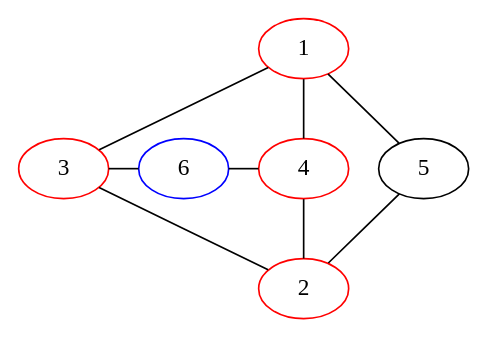
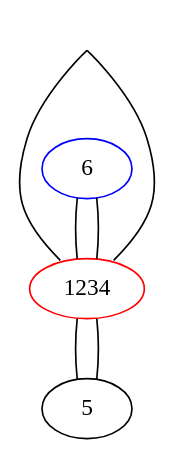
The diagram in sprouts/start_2_nodes_reduced/11221X.dot (bilboquet/gamelib), drawn with Graphviz before and after one commit. The commit also changed 19 other files, not shown here.

```diff
--- a/sprouts/start_2_nodes_reduced/11221X.dot
+++ b/sprouts/start_2_nodes_reduced/11221X.dot
@@ -1,23 +1,11 @@
 graph {
-
-  1 -- 3 -- 2;
-  1 -- 4 -- 2;
-  1 -- 5 -- 2;
-  3 -- 6 -- 4;
-
-  {
-    rank="same";
-    3;
-    6;
-    4;
-    5;
-
-  }
-
-  1 [color="red"];
-  2 [color="red"];
-  3 [color="red"];
-  4 [color="red"];
+  7 -- 6 [style="invis"];
+  1234:nw -- 7 [headclip="false"];
+  1234:ne -- 7 [headclip="false"];
+  6 -- 1234;
+  1234 -- 6;
+  1234 -- 5 -- 1234;
+  7 [style="invis"];
+  1234 [color="red"];
   6 [color="blue"];
-
 }
```
